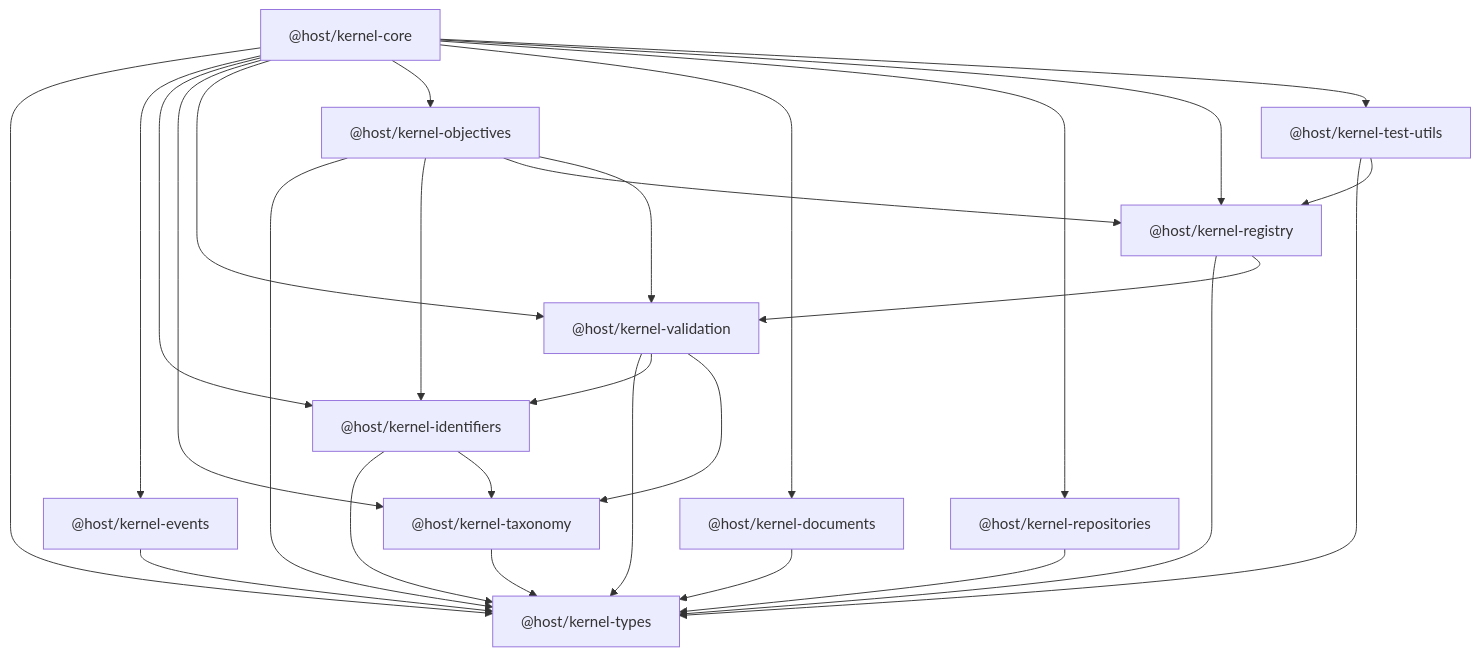
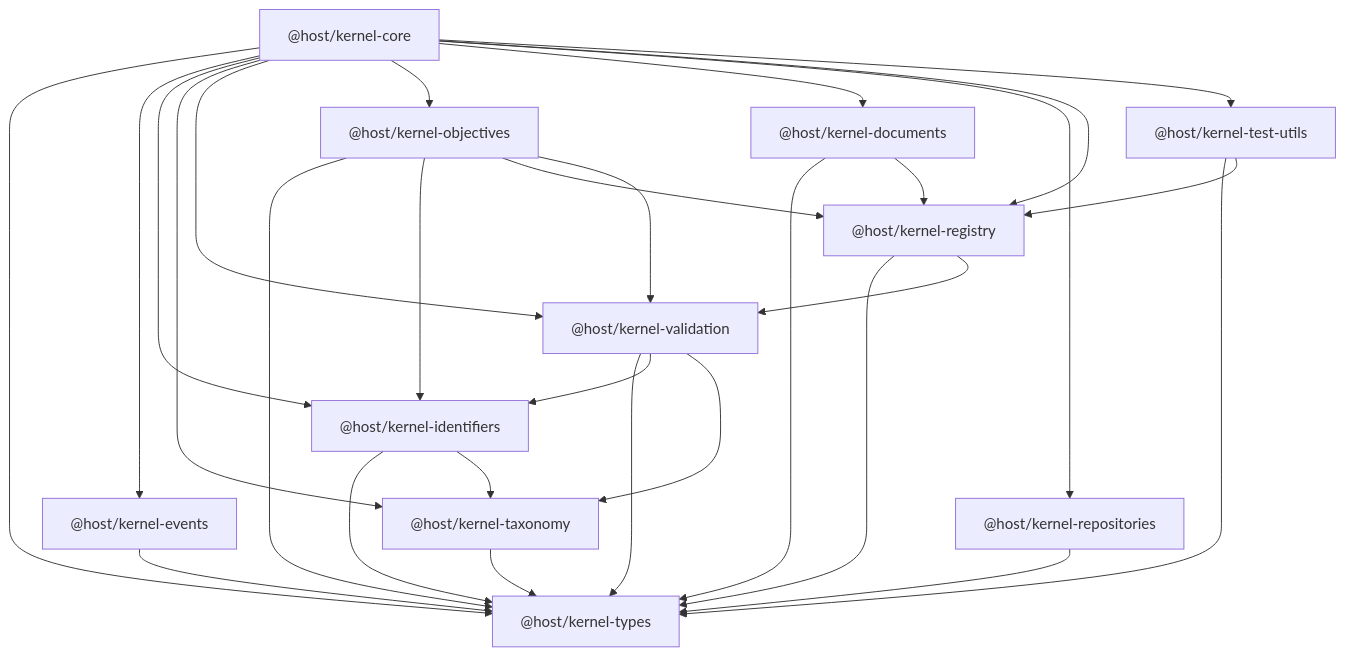
Before and after one commit to captjreacher/HOST-kernel: the diagram in docs/architecture/package-dependency-graph.md, drawn with Mermaid. The commit also changed 11 other files, not shown here.

````diff
--- a/docs/architecture/package-dependency-graph.md
+++ b/docs/architecture/package-dependency-graph.md
@@ -3,42 +3,43 @@
 ```mermaid
 graph TD
   KTypes["@host/kernel-types"]
   KEvents["@host/kernel-events"]
   KIdentifiers["@host/kernel-identifiers"]
   KTaxonomy["@host/kernel-taxonomy"]
   KValidation["@host/kernel-validation"]
   KObjectives["@host/kernel-objectives"]
   KDocuments["@host/kernel-documents"]
   KRepositories["@host/kernel-repositories"]
   KRegistry["@host/kernel-registry"]
   KTestUtils["@host/kernel-test-utils"]
   KCore["@host/kernel-core"]
 
   KEvents --> KTypes
   KIdentifiers --> KTypes
   KIdentifiers --> KTaxonomy
   KTaxonomy --> KTypes
   KValidation --> KTypes
   KValidation --> KIdentifiers
   KValidation --> KTaxonomy
   KObjectives --> KTypes
   KObjectives --> KIdentifiers
   KObjectives --> KRegistry
   KObjectives --> KValidation
   KDocuments --> KTypes
+  KDocuments --> KRegistry
   KRepositories --> KTypes
   KRegistry --> KTypes
   KRegistry --> KValidation
   KTestUtils --> KTypes
   KTestUtils --> KRegistry
   KCore --> KTypes
   KCore --> KEvents
   KCore --> KIdentifiers
   KCore --> KTaxonomy
   KCore --> KValidation
   KCore --> KObjectives
   KCore --> KDocuments
   KCore --> KRepositories
   KCore --> KRegistry
   KCore --> KTestUtils
 ```
````
